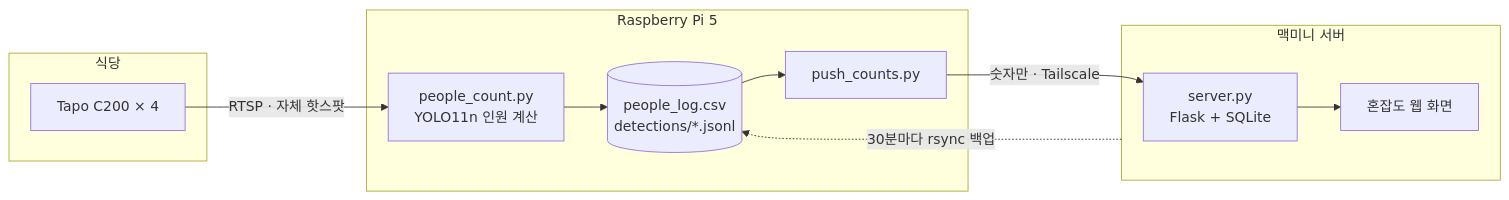
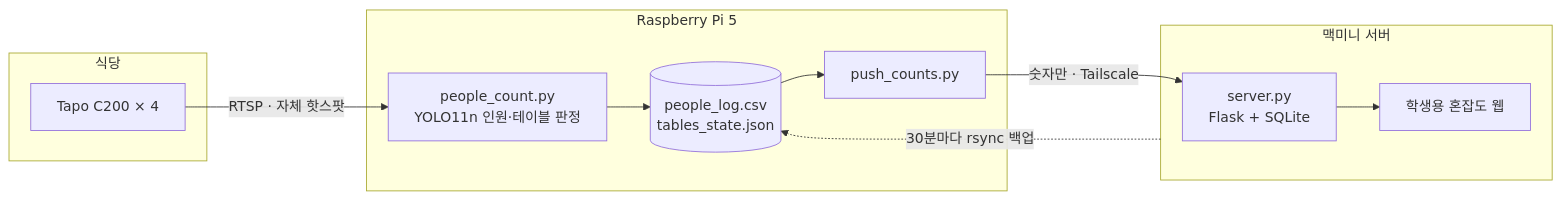
One commit to Seung1won-dot/microprocessor changed the diagram in README.md. Above: the diagram before and after it, drawn with Mermaid. The commit also changed other lines of this file and 5 other files, not shown here.

````diff
--- a/README.md
+++ b/README.md
@@ -20,18 +20,18 @@
 ```mermaid
 flowchart LR
     subgraph 식당
         CAM[Tapo C200 × 4]
     end
     subgraph Pi[Raspberry Pi 5]
-        PC[people_count.py<br/>YOLO11n 인원 계산]
-        LOG[(people_log.csv<br/>detections/*.jsonl)]
+        PC[people_count.py<br/>YOLO11n 인원·테이블 판정]
+        LOG[(people_log.csv<br/>tables_state.json)]
         PUSH[push_counts.py]
     end
     subgraph Mac[맥미니 서버]
         SRV[server.py<br/>Flask + SQLite]
-        WEB[혼잡도 웹 화면]
+        WEB[학생용 혼잡도 웹]
     end
     CAM -- RTSP · 자체 핫스팟 --> PC --> LOG --> PUSH
     PUSH -- 숫자만 · Tailscale --> SRV --> WEB
     Mac -. 30분마다 rsync 백업 .-> LOG
 ```
````
